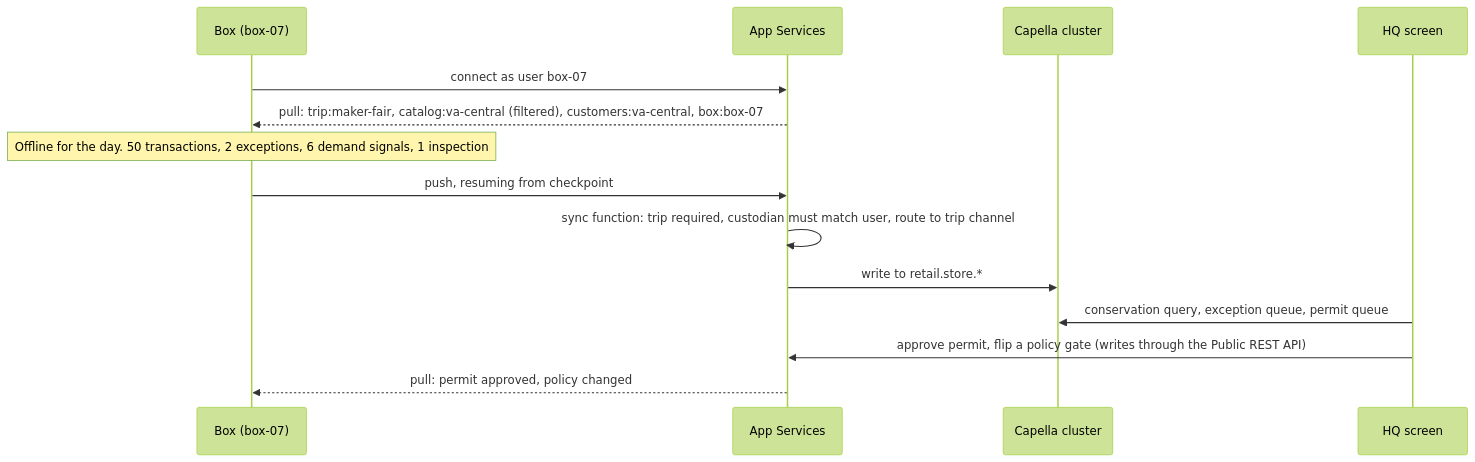
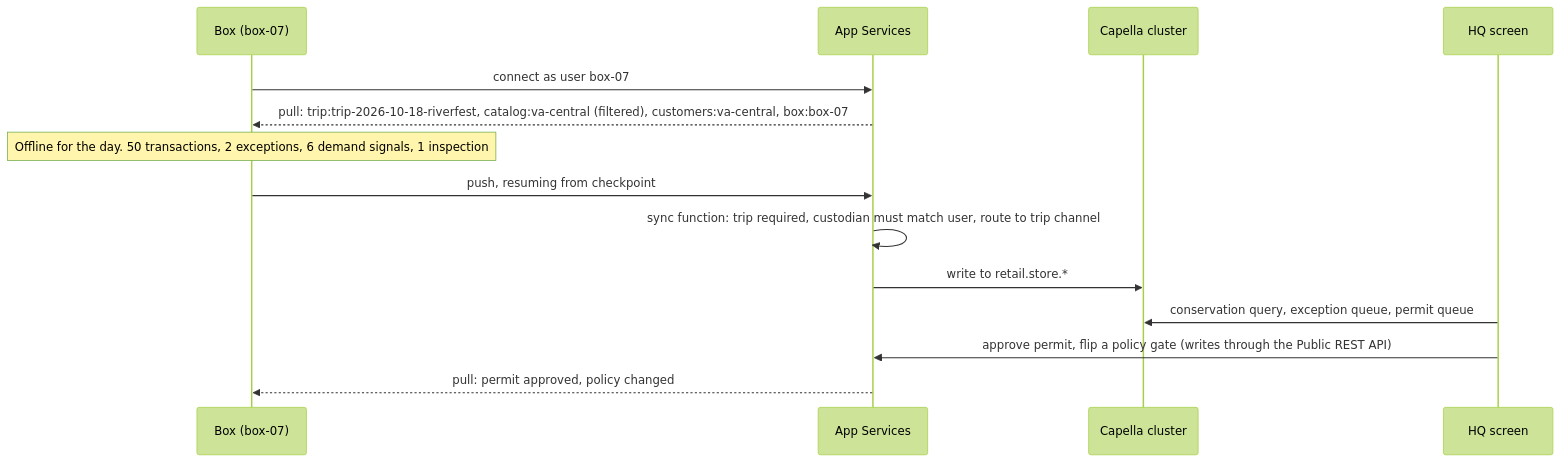
The diagram in docs/architecture/app-services-sync.md (omnifroodle/store-in-a-box), drawn with Mermaid (forest theme) before and after one commit. The commit also changed other lines of this file and 7 other files, not shown here.

````diff
--- a/docs/architecture/app-services-sync.md
+++ b/docs/architecture/app-services-sync.md
@@ -8,17 +8,17 @@
 ```mermaid
 sequenceDiagram
   participant B as Box (box-07)
   participant AS as App Services
   participant CB as Capella cluster
   participant HQ as HQ screen
 
   B->>AS: connect as user box-07
-  AS-->>B: pull: trip:maker-fair, catalog:va-central (filtered), customers:va-central, box:box-07
+  AS-->>B: pull: trip:trip-2026-10-18-riverfest, catalog:va-central (filtered), customers:va-central, box:box-07
   Note over B: Offline for the day. 50 transactions, 2 exceptions, 6 demand signals, 1 inspection
   B->>AS: push, resuming from checkpoint
   AS->>AS: sync function: trip required, custodian must match user, route to trip channel
   AS->>CB: write to retail.store.*
   HQ->>CB: conservation query, exception queue, permit queue
   HQ->>AS: approve permit, flip a policy gate (writes through the Public REST API)
   AS-->>B: pull: permit approved, policy changed
 ```
````
